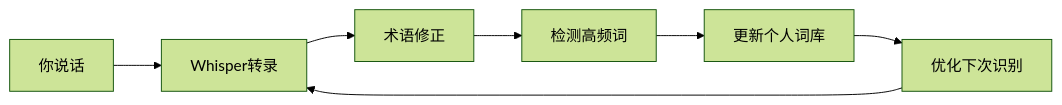
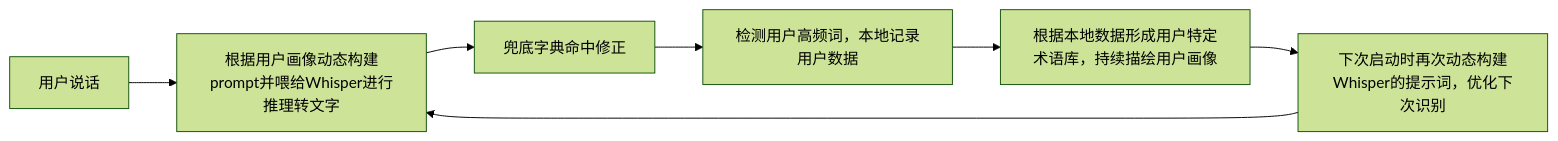
The diagram in README.md (superlls/CodeWhisper), drawn with Mermaid (forest theme) before and after one commit. The commit also changed other lines of this file and 8 other files, not shown here.

````diff
--- a/README.md
+++ b/README.md
@@ -61,9 +73,9 @@
 ```mermaid
 graph LR
-    A[你说话] --> B[Whisper转录]
-    B --> C[术语修正]
-    C --> D[检测高频词]
-    D --> E[更新个人词库]
-    E --> F[优化下次识别]
+    A[用户说话] --> B[根据用户画像动态构建prompt并喂给Whisper进行推理转文字]
+    B --> C[兜底字典命中修正]
+    C --> D[检测用户高频词，本地记录用户数据]
+    D --> E[根据本地数据形成用户特定术语库，持续描绘用户画像]
+    E --> F[下次启动时再次动态构建Whisper的提示词，优化下次识别]
     F --> B
 ```
````
